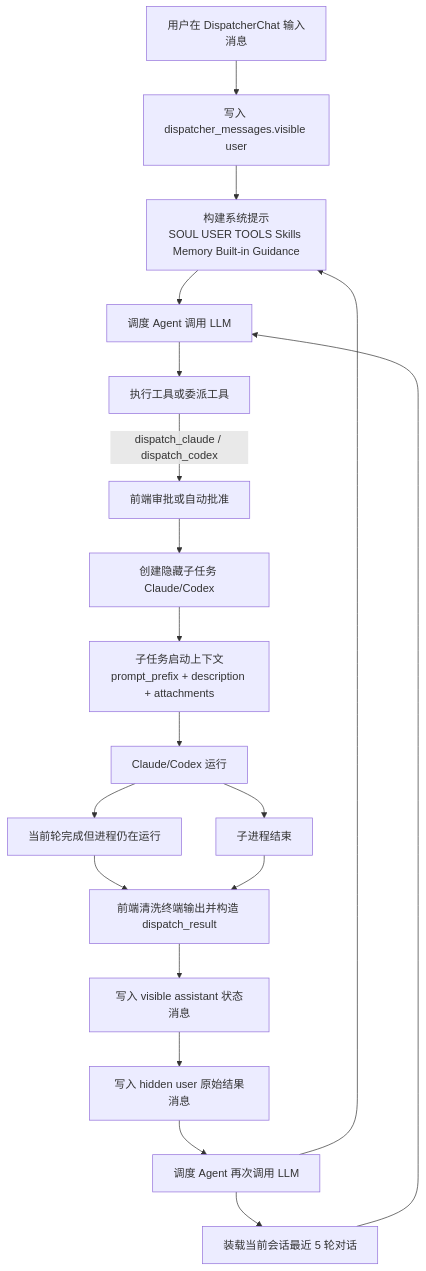
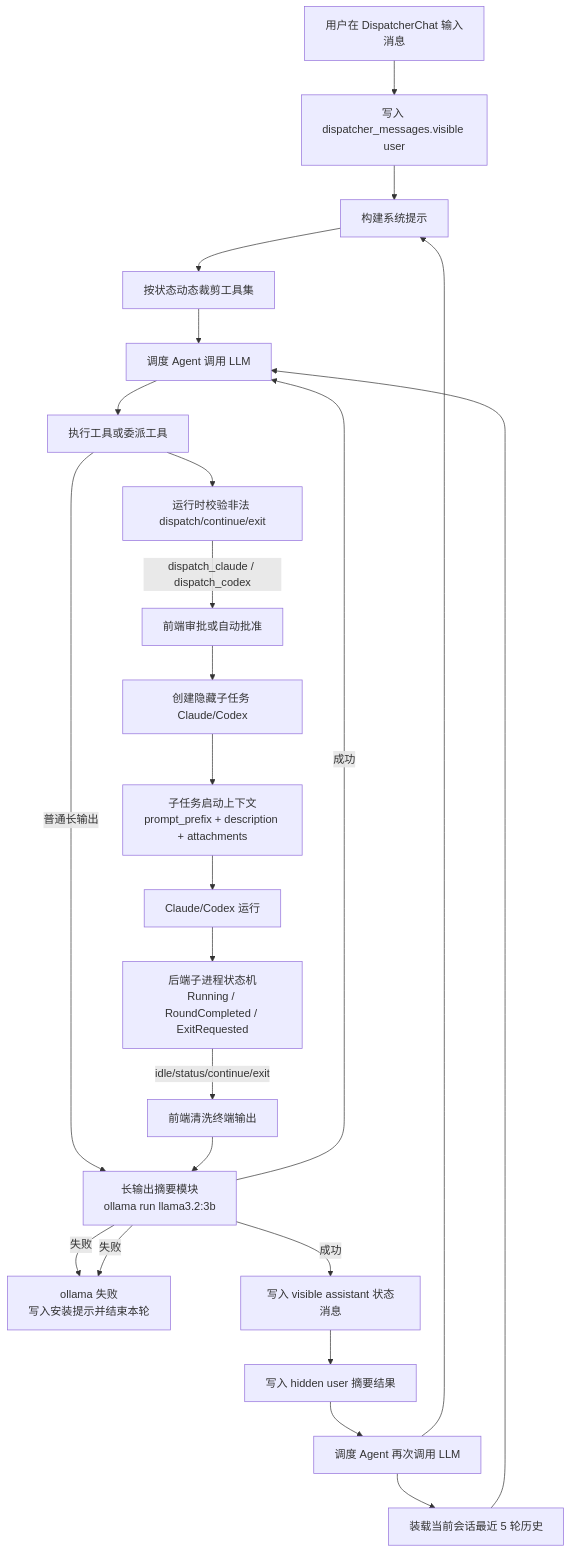
Before and after one commit to diff-name-diffc/JkCodingAgent: the first of 2 diagrams in docs/dispatcher-agent-context-analysis.md, drawn with Mermaid. The commit also changed other lines of this file and 45 other files, not shown here.

````diff
--- a/docs/dispatcher-agent-context-analysis.md
+++ b/docs/dispatcher-agent-context-analysis.md
@@ -39,31 +57,38 @@
 ```mermaid
 flowchart TD
     U[用户在 DispatcherChat 输入消息]
     DB1[写入 dispatcher_messages.visible user]
-    SYS[构建系统提示<br/>SOUL USER TOOLS Skills Memory Built-in Guidance]
-    HIST[装载当前会话最近 5 轮对话]
+    SYS[构建系统提示]
+    HIST[装载当前会话最近 5 轮历史]
     LLM[调度 Agent 调用 LLM]
     TOOLS[执行工具或委派工具]
+    SUM[长输出摘要模块<br/>ollama run llama3.2:3b]
+    FAIL[ollama 失败<br/>写入安装提示并结束本轮]
     APPROVE[前端审批或自动批准]
     SUBTASK[创建隐藏子任务 Claude/Codex]
     CHILDCTX[子任务启动上下文<br/>prompt_prefix + description + attachments]
     CHILDRUN[Claude/Codex 运行]
-    IDLE[当前轮完成但进程仍在运行]
-    DONE[子进程结束]
-    CLEAN[前端清洗终端输出并构造 dispatch_result]
+    STATE[后端子进程状态机<br/>Running / RoundCompleted / ExitRequested]
+    CLEAN[前端清洗终端输出]
     DB2[写入 visible assistant 状态消息]
-    DB3[写入 hidden user 原始结果消息]
+    DB3[写入 hidden user 摘要结果]
     NEXT[调度 Agent 再次调用 LLM]
+    TOOLSET[按状态动态裁剪工具集]
+    GUARD[运行时校验非法 dispatch/continue/exit]
 
     U --> DB1 --> SYS
-    SYS --> LLM
+    SYS --> TOOLSET --> LLM
     HIST --> LLM
     LLM --> TOOLS
-    TOOLS -->|dispatch_claude / dispatch_codex| APPROVE
-    APPROVE --> SUBTASK --> CHILDCTX --> CHILDRUN
-    CHILDRUN --> IDLE --> CLEAN
-    CHILDRUN --> DONE --> CLEAN
-    CLEAN --> DB2 --> DB3 --> NEXT
+    TOOLS -->|普通长输出| SUM
+    SUM -->|成功| LLM
+    SUM -->|失败| FAIL
+    TOOLS --> GUARD
+    GUARD -->|dispatch_claude / dispatch_codex| APPROVE
+    APPROVE --> SUBTASK --> CHILDCTX --> CHILDRUN --> STATE
+    STATE -->|idle/status/continue/exit| CLEAN --> SUM
+    SUM -->|成功| DB2 --> DB3 --> NEXT
+    SUM -->|失败| FAIL
     NEXT --> SYS
     NEXT --> HIST
 ```
````
